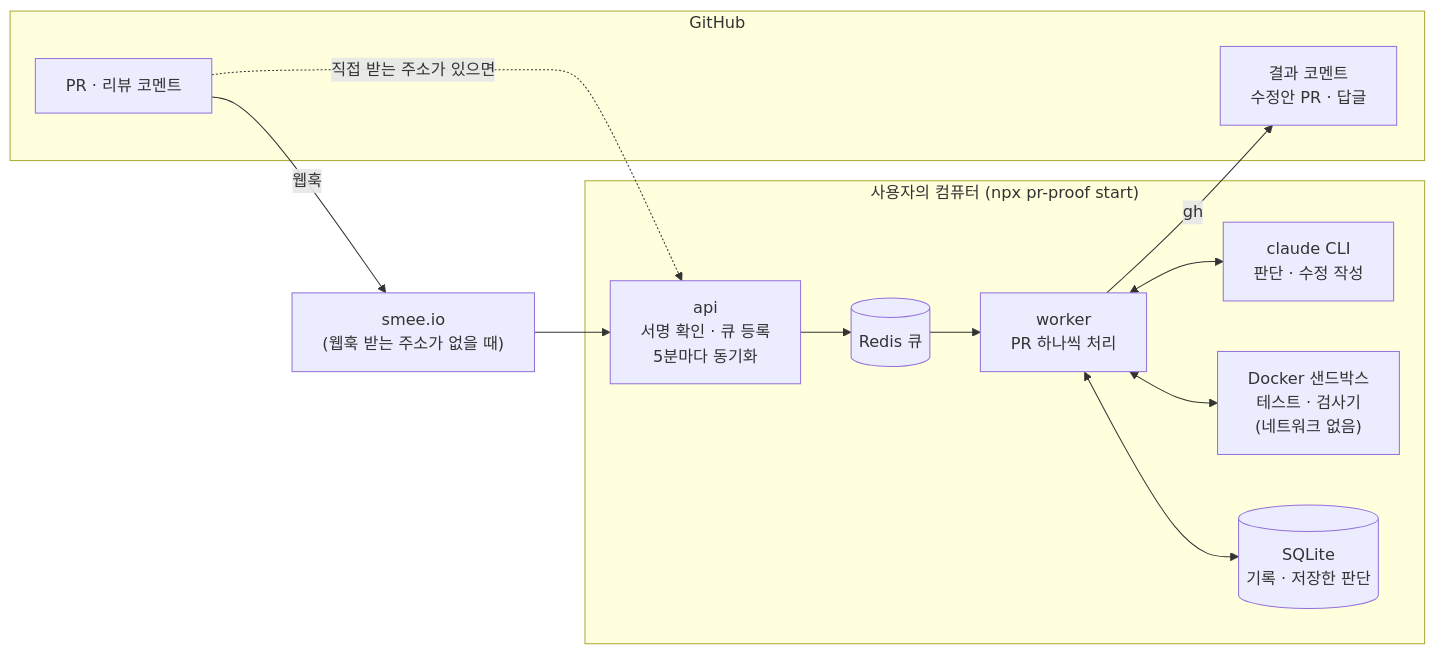
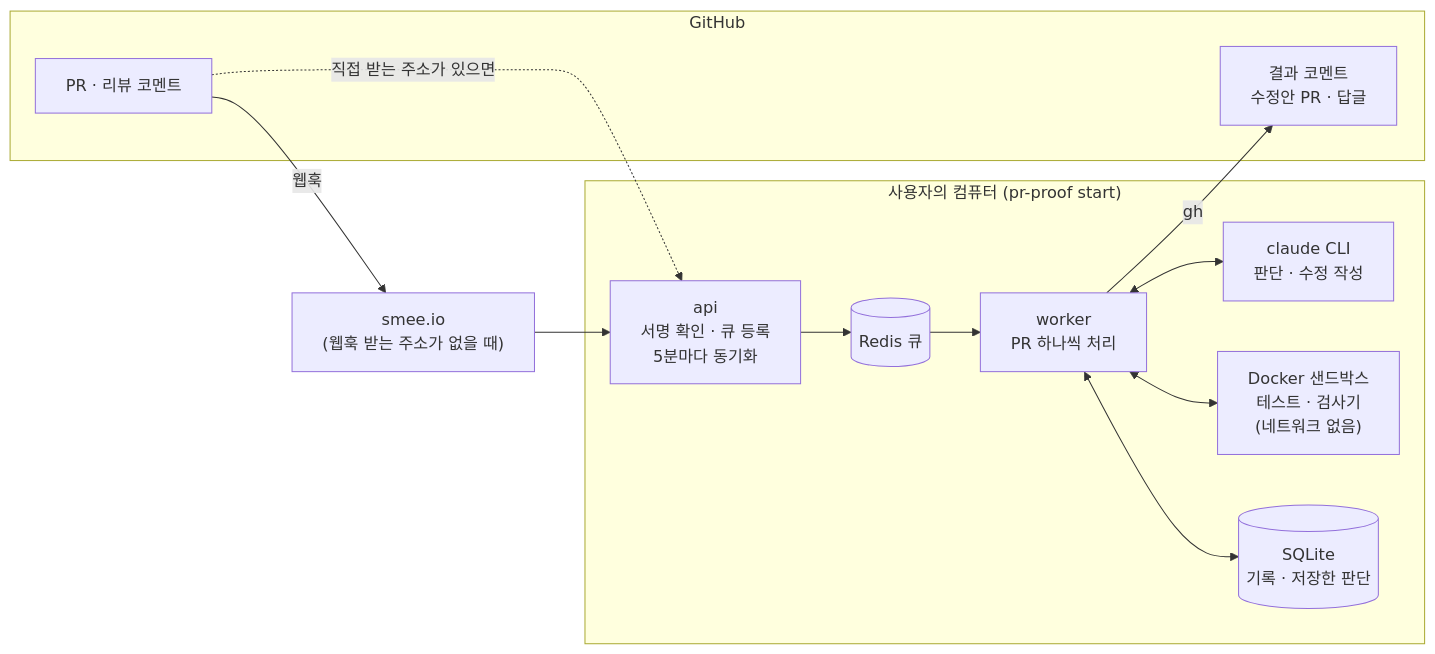
Before and after one commit to Eunryong/pr-proof: the first of 2 diagrams in README.md, drawn with Mermaid. The commit also changed other lines of this file and 13 other files, not shown here.

````diff
--- a/README.md
+++ b/README.md
@@ -283,26 +281,26 @@
 ```mermaid
 flowchart LR
     subgraph GH["GitHub"]
         PR["PR · 리뷰 코멘트"]
         OUT["결과 코멘트<br/>수정안 PR · 답글"]
     end
 
     SMEE["smee.io<br/>(웹훅 받는 주소가 없을 때)"]
 
-    subgraph LOCAL["사용자의 컴퓨터 (npx pr-proof start)"]
+    subgraph LOCAL["사용자의 컴퓨터 (pr-proof start)"]
         API["api<br/>서명 확인 · 큐 등록<br/>5분마다 동기화"]
         Q[("Redis 큐")]
         W["worker<br/>PR 하나씩 처리"]
         M["claude CLI<br/>판단 · 수정 작성"]
         S["Docker 샌드박스<br/>테스트 · 검사기<br/>(네트워크 없음)"]
         DB[("SQLite<br/>기록 · 저장한 판단")]
     end
 
     PR -- "웹훅" --> SMEE --> API
     PR -. "직접 받는 주소가 있으면" .-> API
     API --> Q --> W
     W <--> M
     W <--> S
     W <--> DB
     W -- "gh" --> OUT
 ```
````
